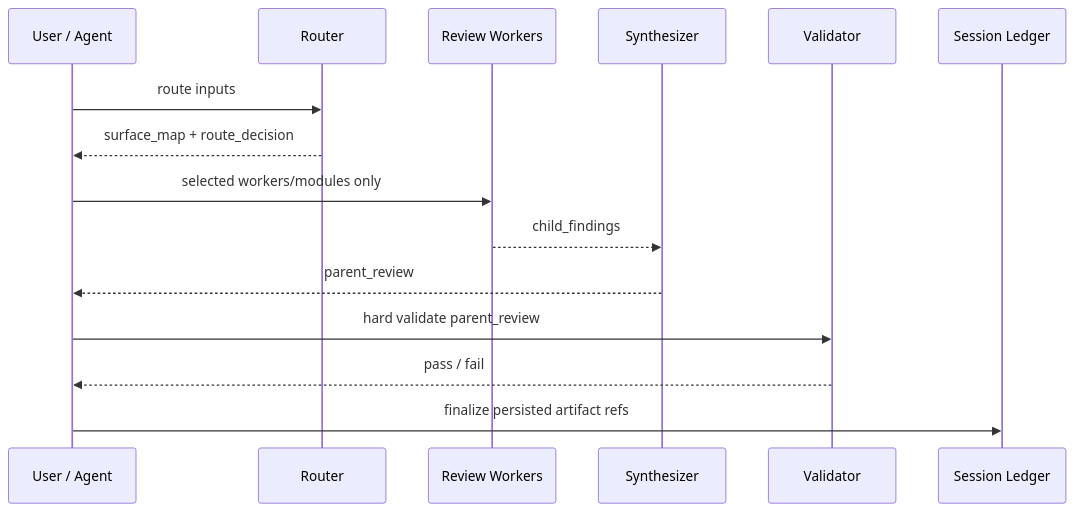
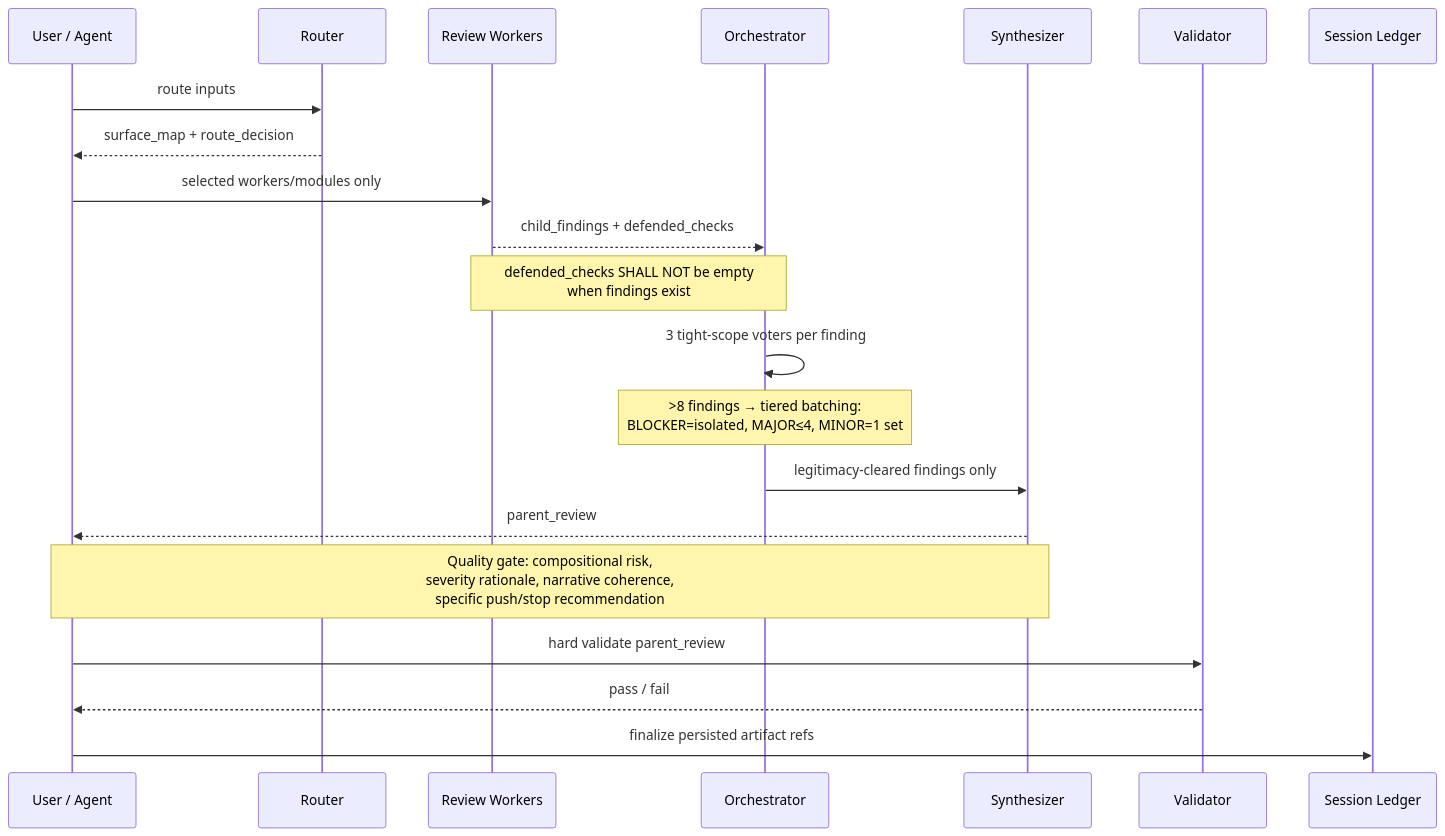
The second of 2 diagrams in skills/code-review/context/02-reviewer-flow.md (DevGuyRash/agent-tooling), drawn with Mermaid before and after one commit. The commit also changed other lines of this file and 21 other files, not shown here.

````diff
--- a/skills/code-review/context/02-reviewer-flow.md
+++ b/skills/code-review/context/02-reviewer-flow.md
@@ -19,18 +23,24 @@
 ```mermaid
 sequenceDiagram
     participant U as User / Agent
     participant R as Router
     participant W as Review Workers
+    participant O as Orchestrator
     participant S as Synthesizer
     participant V as Validator
     participant L as Session Ledger
 
     U->>R: route inputs
     R-->>U: surface_map + route_decision
     U->>W: selected workers/modules only
-    W-->>S: child_findings
+    W-->>O: child_findings + defended_checks
+    Note over W,O: defended_checks SHALL NOT be empty<br/>when findings exist
+    O->>O: 3 tight-scope voters per finding
+    Note over O: >8 findings → tiered batching:<br/>BLOCKER=isolated, MAJOR≤4, MINOR=1 set
+    O->>S: legitimacy-cleared findings only
     S-->>U: parent_review
+    Note over S,U: Quality gate: compositional risk,<br/>severity rationale, narrative coherence,<br/>specific push/stop recommendation
     U->>V: hard validate parent_review
     V-->>U: pass / fail
     U->>L: finalize persisted artifact refs
 ```
````
